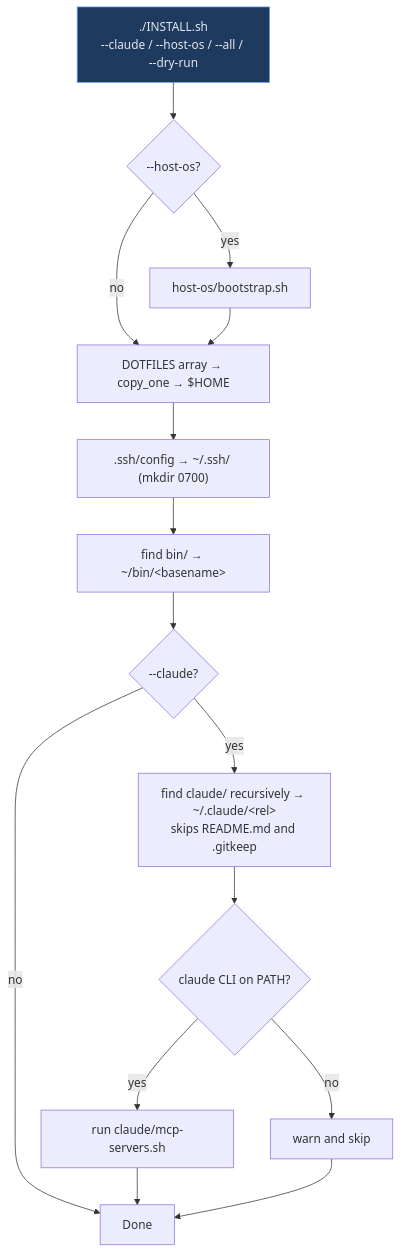
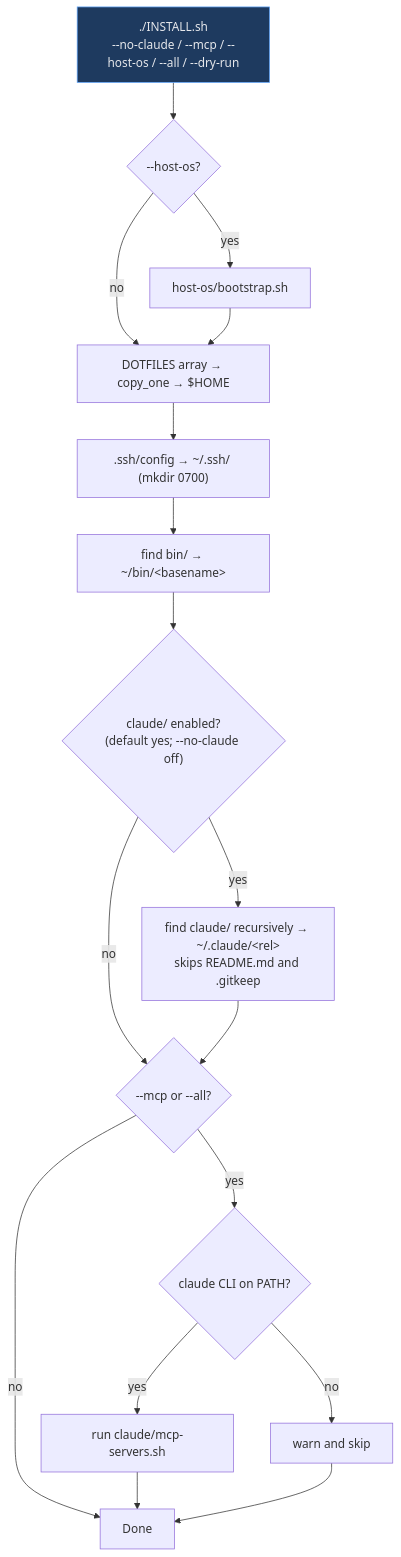
The third of 6 diagrams in docs/architecture.md (HenryEscobar/shellEnvironment), drawn with Mermaid before and after one commit. The commit also changed other lines of this file and 5 other files, not shown here.

````diff
--- a/docs/architecture.md
+++ b/docs/architecture.md
@@ -148,19 +148,21 @@
 ```mermaid
 flowchart TD
-    START["./INSTALL.sh<br/>--claude / --host-os / --all / --dry-run"] --> HOSTOS{"--host-os?"}
+    START["./INSTALL.sh<br/>--no-claude / --mcp / --host-os / --all / --dry-run"] --> HOSTOS{"--host-os?"}
     HOSTOS -->|yes| BOOT["host-os/bootstrap.sh"]
     HOSTOS -->|no| DOT
     BOOT --> DOT["DOTFILES array → copy_one → $HOME"]
     DOT --> SSH[".ssh/config → ~/.ssh/ (mkdir 0700)"]
     SSH --> BIN["find bin/ → ~/bin/&lt;basename&gt;"]
-    BIN --> CL{"--claude?"}
-    CL -->|no| DONE["Done"]
+    BIN --> CL{"claude/ enabled?<br/>(default yes; --no-claude off)"}
+    CL -->|no| MCPQ
     CL -->|yes| WALK["find claude/ recursively → ~/.claude/&lt;rel&gt;<br/>skips README.md and .gitkeep"]
-    WALK --> MCP{"claude CLI on PATH?"}
+    WALK --> MCPQ{"--mcp or --all?"}
+    MCPQ -->|no| DONE["Done"]
+    MCPQ -->|yes| MCP{"claude CLI on PATH?"}
     MCP -->|yes| RUNMCP["run claude/mcp-servers.sh"]
     MCP -->|no| WARN["warn and skip"]
     RUNMCP --> DONE
     WARN --> DONE
 
     style START fill:#1e3a5f,stroke:#60a5fa,color:#e5e7eb
 ```
````
